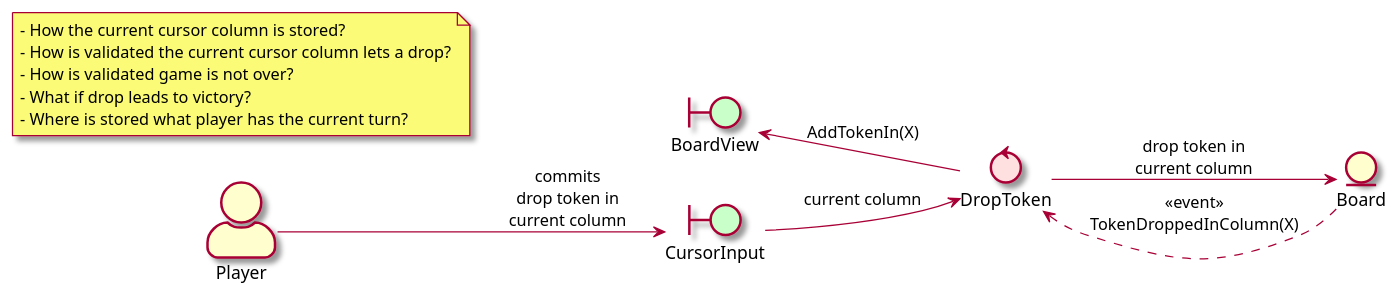
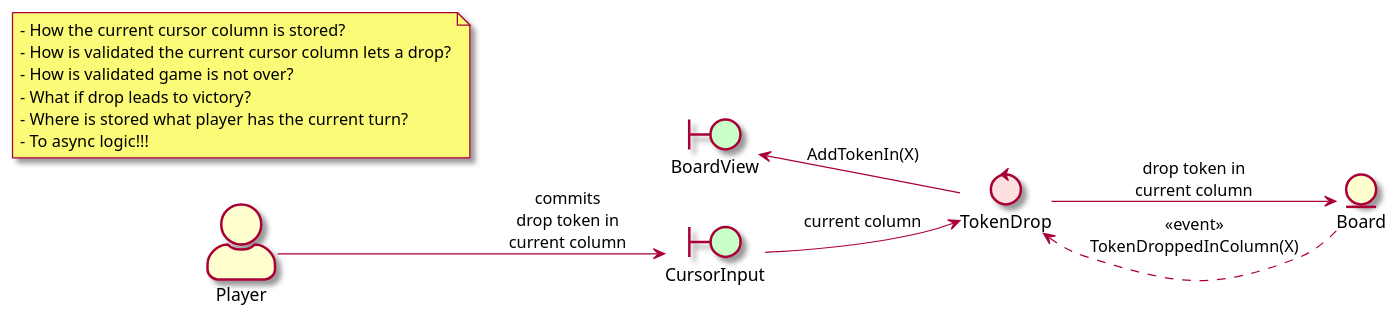
Before and after one commit to RicardoGuzmanVelasco/TDDpraxis: the diagram in Assets/Connect4/Documentation~/DropToken.puml, drawn with PlantUML. The commit also changed 6 other files, not shown here.

Commit message:
feat(connect4): ask a controller to drop a token in model, then receive in view

```diff
--- a/Assets/Connect4/Documentation~/DropToken.puml
+++ b/Assets/Connect4/Documentation~/DropToken.puml
@@ -1,27 +1,28 @@
 @startuml
 skin rose
 skinparam actorstyle awesome
 left to right direction
 
 actor Player
 boundary CursorInput #technology
 boundary BoardView #technology
-control DropToken #implementation
+control TokenDrop #implementation
 entity Board
 
 Player --> CursorInput : commits\ndrop token in\ncurrent column
-CursorInput --> DropToken : current column
-DropToken --> Board : drop token in\ncurrent column
-Board ..> DropToken : <<event>>\nTokenDroppedInColumn(X)
-DropToken -> BoardView : AddTokenIn(X)
+CursorInput --> TokenDrop : current column
+TokenDrop --> Board : drop token in\ncurrent column
+Board ..> TokenDrop : <<event>>\nTokenDroppedInColumn(X)
+TokenDrop -> BoardView : AddTokenIn(X)
 
 CursorInput .l. BoardView #transparent
 
 note as N1
 - How the current cursor column is stored?
 - How is validated the current cursor column lets a drop?
 - How is validated game is not over?
 - What if drop leads to victory?
 - Where is stored what player has the current turn?
+- To async logic!!!
 end note
 @enduml
```
